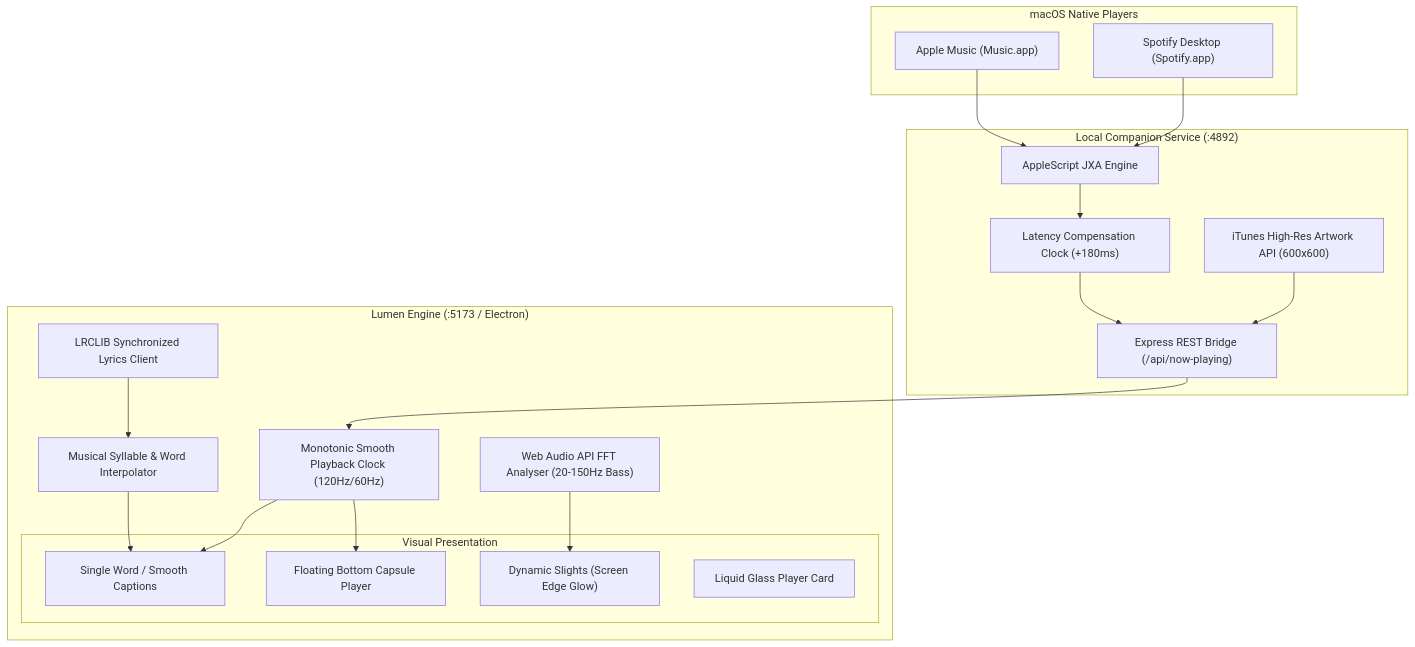
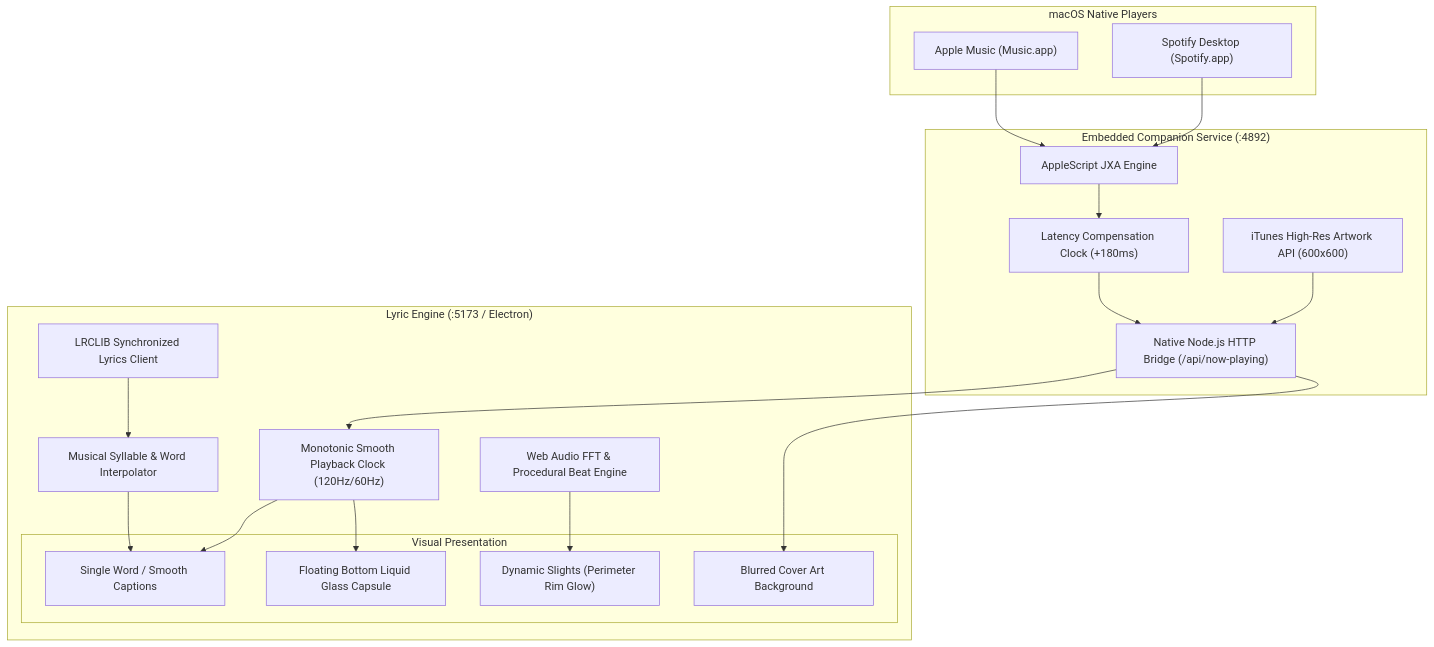
Before and after one commit to RithvikVatti/lyric: the diagram in README.md, drawn with Mermaid. The commit also changed other lines of this file and 1 other file, not shown here.

Commit message:
docs: comprehensive open-source README with architecture diagrams, preview asset, and packaging guide

````diff
--- a/README.md
+++ b/README.md
@@ -50,41 +64,42 @@
 ```mermaid
 flowchart TD
     subgraph macOSApps["macOS Native Players"]
         AppleMusic["Apple Music (Music.app)"]
         SpotifyMac["Spotify Desktop (Spotify.app)"]
     end
 
-    subgraph Backend["Local Companion Service (:4892)"]
+    subgraph Backend["Embedded Companion Service (:4892)"]
         AppleScript["AppleScript JXA Engine"]
         TimeStamper["Latency Compensation Clock (+180ms)"]
         ArtworkSearch["iTunes High-Res Artwork API (600x600)"]
-        REST["Express REST Bridge (/api/now-playing)"]
+        REST["Native Node.js HTTP Bridge (/api/now-playing)"]
     end
 
-    subgraph Frontend["Lumen Engine (:5173 / Electron)"]
+    subgraph Frontend["Lyric Engine (:5173 / Electron)"]
         MonotonicClock["Monotonic Smooth Playback Clock (120Hz/60Hz)"]
         LRCLIBEngine["LRCLIB Synchronized Lyrics Client"]
         SyllableParser["Musical Syllable & Word Interpolator"]
-        WebAudioFFT["Web Audio API FFT Analyser (20-150Hz Bass)"]
+        AudioEngine["Web Audio FFT & Procedural Beat Engine"]
         
         subgraph Visuals["Visual Presentation"]
-            RimLights["Dynamic Slights (Screen Edge Glow)"]
+            RimLights["Dynamic Slights (Perimeter Rim Glow)"]
             LyricsView["Single Word / Smooth Captions"]
-            LockscreenBar["Floating Bottom Capsule Player"]
-            SplitCard["Liquid Glass Player Card"]
+            LockscreenBar["Floating Bottom Liquid Glass Capsule"]
+            BlurredCover["Blurred Cover Art Background"]
         end
     end
 
     AppleMusic --> AppleScript
     SpotifyMac --> AppleScript
     AppleScript --> TimeStamper
     TimeStamper --> REST
     ArtworkSearch --> REST
     REST --> MonotonicClock
 
     MonotonicClock --> LyricsView
     MonotonicClock --> LockscreenBar
     LRCLIBEngine --> SyllableParser
     SyllableParser --> LyricsView
-    WebAudioFFT --> RimLights
+    AudioEngine --> RimLights
+    REST --> BlurredCover
 ```
````
